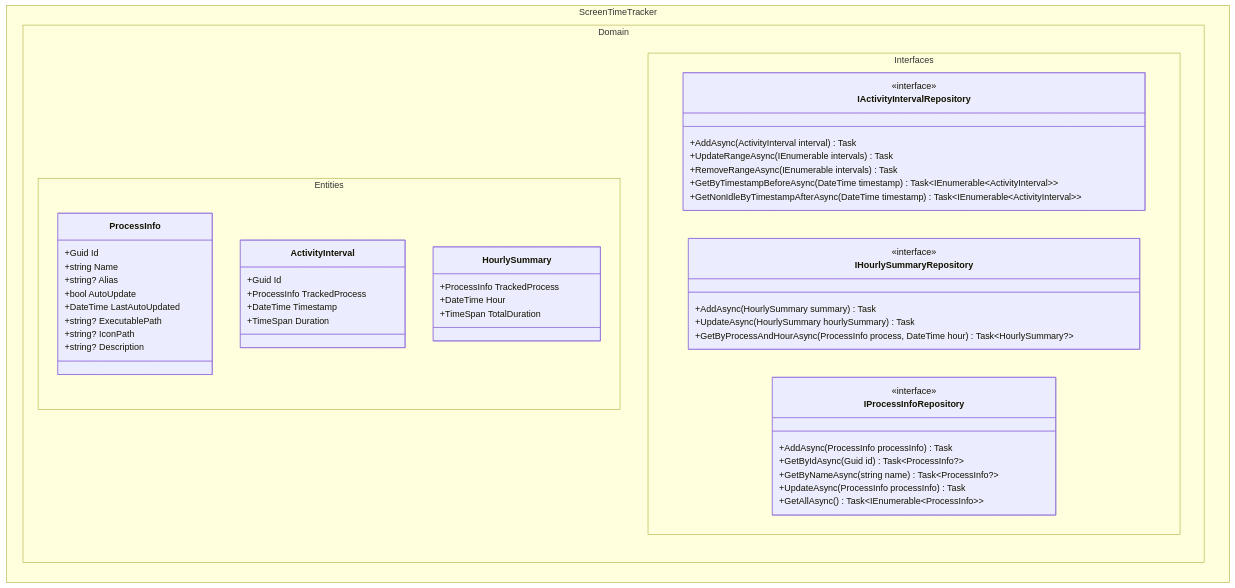
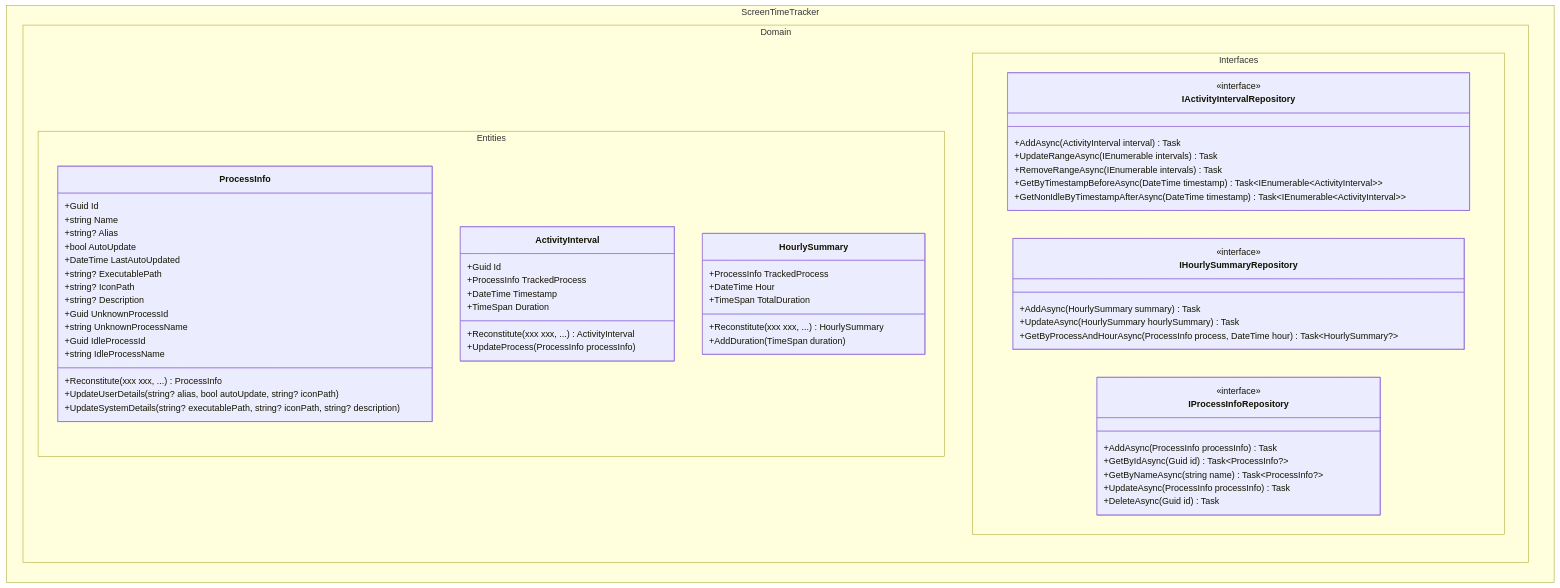
One commit to LaLa-HaHa-Hei/ScreenTimeTracker changed the first of 6 diagrams in docs/detailed-design.md. Above: the diagram before and after it, drawn with Mermaid. The commit also changed other lines of this file and 4 other files, not shown here.

````diff
--- a/docs/detailed-design.md
+++ b/docs/detailed-design.md
@@ -4,51 +4,62 @@
 ```mermaid 
 classDiagram
     namespace ScreenTimeTracker.Domain.Entities {
         class ProcessInfo {
             +Guid Id
             +string Name
             +string? Alias
             +bool AutoUpdate
             +DateTime LastAutoUpdated
             +string? ExecutablePath
             +string? IconPath
             +string? Description
+            +Reconstitute(xxx xxx, ...) ProcessInfo
+            +UpdateUserDetails(string? alias, bool autoUpdate, string? iconPath)
+            +UpdateSystemDetails(string? executablePath, string? iconPath, string? description)
+            +Guid UnknownProcessId
+            +string UnknownProcessName
+            +Guid IdleProcessId
+            +string IdleProcessName
         }
         class ActivityInterval {
             +Guid Id
             +ProcessInfo TrackedProcess
             +DateTime Timestamp
             +TimeSpan Duration
+            +Reconstitute(xxx xxx, ...) ActivityInterval
+            +UpdateProcess(ProcessInfo processInfo)
         }
         class HourlySummary {
             +ProcessInfo TrackedProcess
             +DateTime Hour
             +TimeSpan TotalDuration
+            +Reconstitute(xxx xxx, ...) HourlySummary
+            +AddDuration(TimeSpan duration)
         }
     }
 
     namespace ScreenTimeTracker.Domain.Interfaces {
         class IActivityIntervalRepository {
             <<interface>>
             +AddAsync(ActivityInterval interval) Task
             +UpdateRangeAsync(IEnumerable<ActivityInterval> intervals) Task
             +RemoveRangeAsync(IEnumerable<ActivityInterval> intervals) Task
             +GetByTimestampBeforeAsync(DateTime timestamp) Task~IEnumerable~ActivityInterval~~
             +GetNonIdleByTimestampAfterAsync(DateTime timestamp) Task~IEnumerable~ActivityInterval~~
         }
         class IHourlySummaryRepository {
             <<interface>>
             +AddAsync(HourlySummary summary) Task
             +UpdateAsync(HourlySummary hourlySummary) Task
             +GetByProcessAndHourAsync(ProcessInfo process, DateTime hour) Task~HourlySummary?~
         }
         class IProcessInfoRepository {
             <<interface>>
             +AddAsync(ProcessInfo processInfo) Task
             +GetByIdAsync(Guid id) Task~ProcessInfo?~
             +GetByNameAsync(string name) Task~ProcessInfo?~
             +UpdateAsync(ProcessInfo processInfo) Task
-            +GetAllAsync() Task~IEnumerable~ProcessInfo~~
+            +DeleteAsync(Guid id) Task
         }
     }
 ```
````
